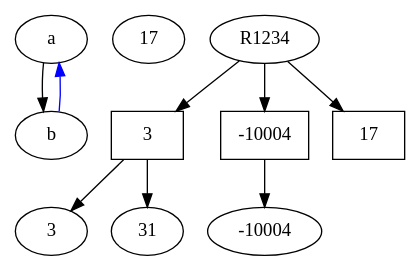
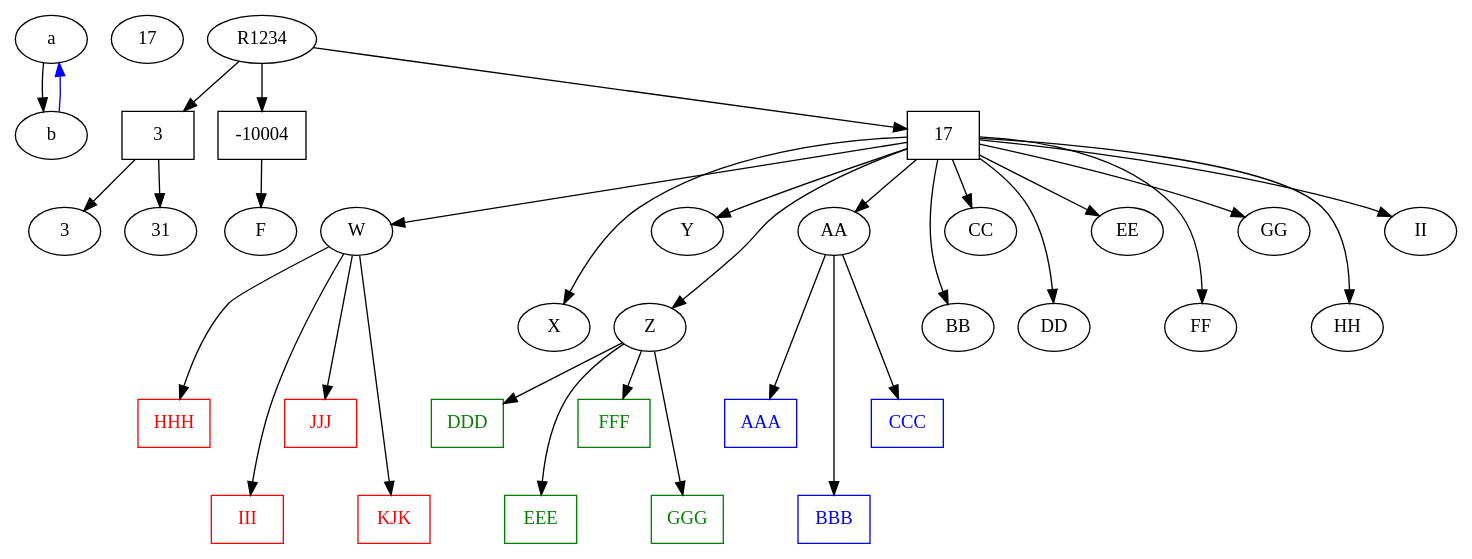
One commit to SamWibatt/cribbage_cpp changed the diagram in images/dottest.dot. Above: the diagram before and after it, drawn with Graphviz. The commit also changed 3 other files, not shown here.

Commit message:
writing graph emitter

```diff
--- a/images/dottest.dot
+++ b/images/dottest.dot
@@ -1,26 +1,94 @@
 // export as svg and view in browser to see tooltips
 strict digraph { 
   a -> b
   a -> b
   b -> a [color=blue]
   R[label = 17] 
   R1234 -> { A, B, C }
   A -> { D, E }
-  B -> { F }
+  B -> { F } // G H I J K L M N O P Q R S T U V}
+  //edge length for staggering - minlen uses an int. kinda works
+  AAA[shape=box color=blue fontcolor=blue]
+  BBB[shape=box color=blue fontcolor=blue]
+  CCC[shape=box color=blue fontcolor=blue]
+  DDD[shape=box color=green fontcolor=green]
+  EEE[shape=box color=green fontcolor=green]
+  FFF[shape=box color=green fontcolor=green]
+  GGG[shape=box color=green fontcolor=green]
+  HHH[shape=box color=red fontcolor=red]
+  III[shape=box color=red fontcolor=red]
+  JJJ[shape=box color=red fontcolor=red]
+  KJK[shape=box color=red fontcolor=red]
+  C -> W [minlen=1]
+    // from minlen=1 nodes, do 2 3 2 3
+    W -> HHH[minlen=2]
+    W -> III[minlen=3]
+    W -> JJJ[minlen=2]
+    W -> KJK[minlen=3]
+  C -> X [minlen=2]
+  C -> Y [minlen=1]
+  C -> Z [minlen=2]
+    //from minlen=2 nodes, do 1 2 1 2
+    Z -> DDD[minlen=1]
+    Z -> EEE[minlen=2]
+    Z -> FFF[minlen=1]
+    Z -> GGG[minlen=2]
+  C -> AA [minlen=1]
+    // from minlen=1 nodes, do 2 3 2 3
+    AA -> AAA[minlen=2]
+    AA -> BBB[minlen=3]
+    AA -> CCC[minlen=2]
+  C -> BB [minlen=2]
+  C -> CC [minlen=1]
+  C -> DD [minlen=2]
+  C -> EE [minlen=1]
+  C -> FF [minlen=2]
+  C -> GG [minlen=1]
+  C -> HH [minlen=2]
+  C -> II [minlen=1]
+  //preferred length doesn't seem to do much
+  //C -> W [len=1.0]
+  //C -> X [len=2.0]
+  //C -> Y [len=1.0]
   // min level nodes
   subgraph { 
     rank = same; 
       A[shape = box label = 3 
         tooltip = "riggle\ndiggle\ndumtree"]; 
       B[shape = box label = -10004]; 
       C[shape = box label = 17]; 
   } 
   //next max level nodes
   subgraph { 
     rank = same; 
-      D[shape = ellipse label = 3 
-        tooltip = "pig\nblart"]; 
-      E[shape = ellipse label = 31]; 
-      F[shape = ellipse label = -10004];
-  }   
+    D[shape = ellipse label = 3 
+      tooltip = "pig\nblart"]; 
+    E[shape = ellipse label = 31]; 
+  } 
+  /*see if can get nodes to stagger - this kinda works
+  subgraph {
+    rank = same;
+    G;
+    I;
+    K;
+    M;
+    O;
+    Q;
+    S;
+    U;
+  }
+  subgraph {
+    rank = sink;
+    F[shape = ellipse label = -10004];
+    H;
+    J; 
+    L; 
+    N;
+    P;
+    R;
+    T;
+    V;     
+  } 
+  */ 
+
 } 
```
